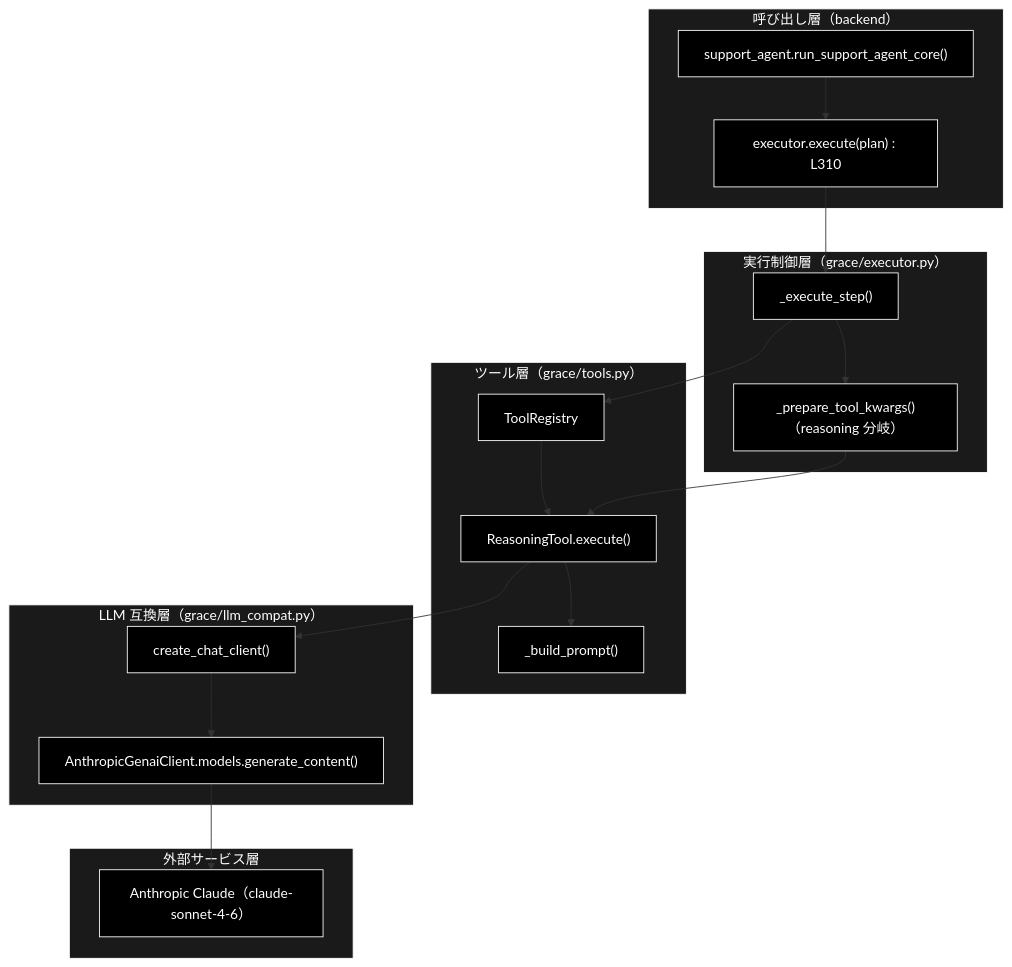
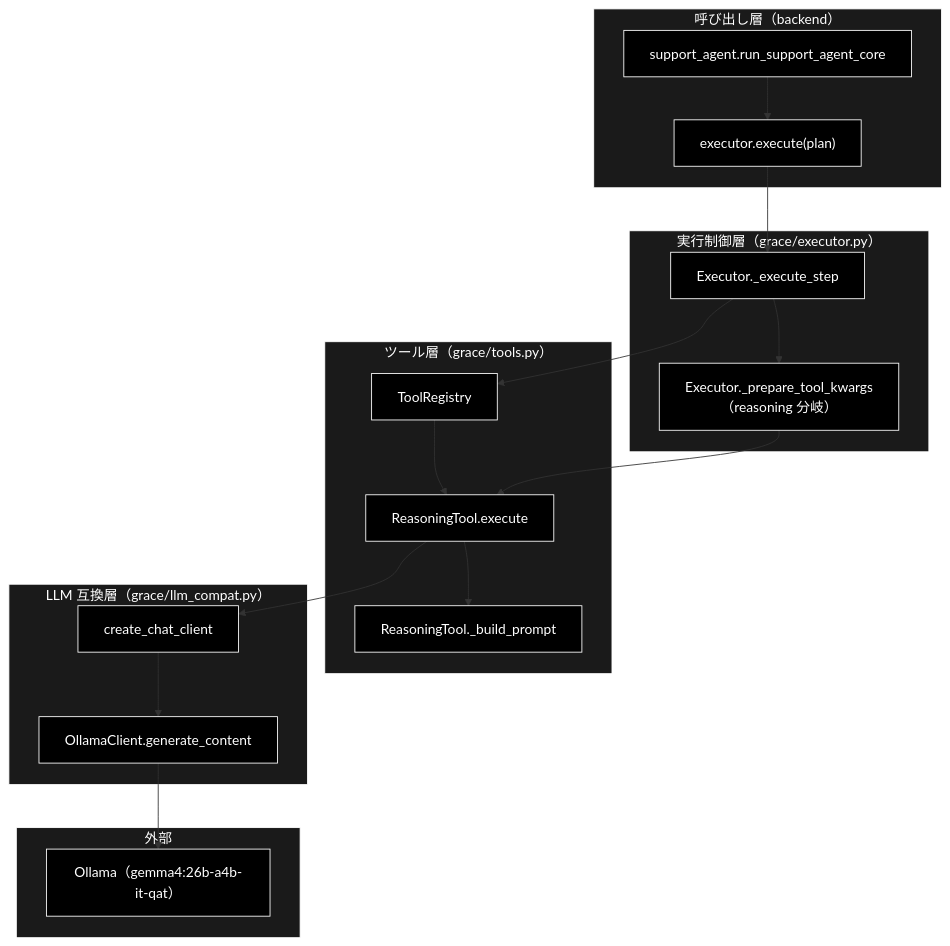
One commit to nakashima2toshio/grace_v2_local changed the diagram in docs/reasoning_flow.md. Above: the diagram before and after it, drawn with Mermaid. The commit also changed other lines of this file and 2 other files, not shown here.

First line of the commit message:
docs: 3 モード構成へ再編（pipelines.md 新設 / guardrails 改訂 / reasoning_flow v2.0）

````diff
--- a/docs/reasoning_flow.md
+++ b/docs/reasoning_flow.md
@@ -88,45 +46,45 @@
 ```mermaid
 flowchart TB
     subgraph CLIENT["呼び出し層（backend）"]
-        SA["support_agent.run_support_agent_core()"]
-        EXEC_CALL["executor.execute(plan) : L310"]
+        SA["support_agent.run_support_agent_core"]
+        EXEC_CALL["executor.execute(plan)"]
     end
 
     subgraph CONTROL["実行制御層（grace/executor.py）"]
-        STEP["_execute_step()"]
-        KWARGS["_prepare_tool_kwargs()（reasoning 分岐）"]
+        STEP["Executor._execute_step"]
+        KWARGS["Executor._prepare_tool_kwargs（reasoning 分岐）"]
     end
 
     subgraph TOOL["ツール層（grace/tools.py）"]
-        RT["ReasoningTool.execute()"]
-        BP["_build_prompt()"]
+        RT["ReasoningTool.execute"]
+        BP["ReasoningTool._build_prompt"]
         REG["ToolRegistry"]
     end
 
     subgraph COMPAT["LLM 互換層（grace/llm_compat.py）"]
-        CC["create_chat_client()"]
-        AC["AnthropicGenaiClient.models.generate_content()"]
+        CC["create_chat_client"]
+        OC["OllamaClient.generate_content"]
     end
 
-    subgraph EXTERNAL["外部サービス層"]
-        LLM["Anthropic Claude（claude-sonnet-4-6）"]
+    subgraph EXTERNAL["外部"]
+        LLM["Ollama（gemma4:26b-a4b-it-qat）"]
     end
 
     SA --> EXEC_CALL --> STEP
     STEP --> KWARGS
     STEP --> REG
     REG --> RT
     KWARGS --> RT
     RT --> BP
     RT --> CC
-    CC --> AC
-    AC --> LLM
+    CC --> OC
+    OC --> LLM
 classDef default fill:#000,stroke:#fff,color:#fff
 classDef subgraphStyle fill:#1a1a1a,stroke:#fff,color:#fff
-class SA,EXEC_CALL,STEP,KWARGS,RT,BP,REG,CC,AC,LLM default
+class SA,EXEC_CALL,STEP,KWARGS,RT,BP,REG,CC,OC,LLM default
 style CLIENT fill:#1a1a1a,stroke:#fff,color:#fff
 style CONTROL fill:#1a1a1a,stroke:#fff,color:#fff
 style TOOL fill:#1a1a1a,stroke:#fff,color:#fff
 style COMPAT fill:#1a1a1a,stroke:#fff,color:#fff
 style EXTERNAL fill:#1a1a1a,stroke:#fff,color:#fff
 ```
````
